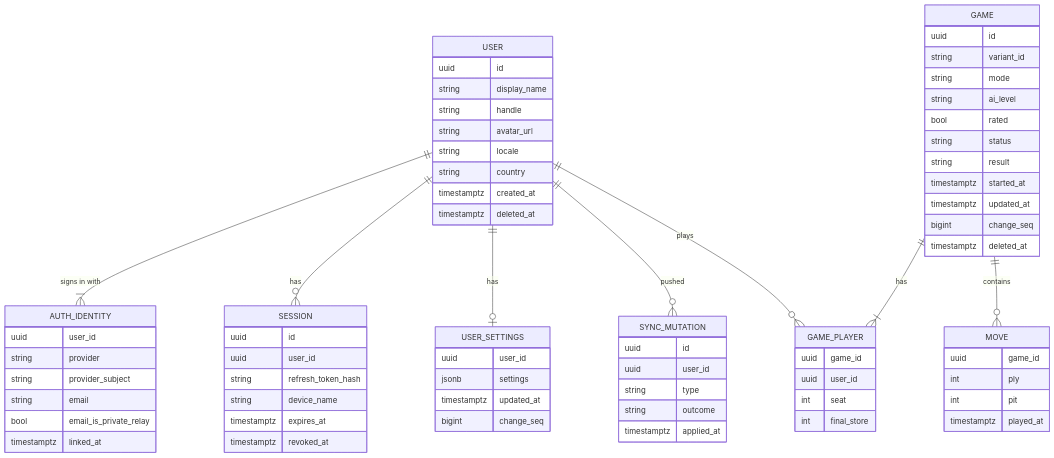
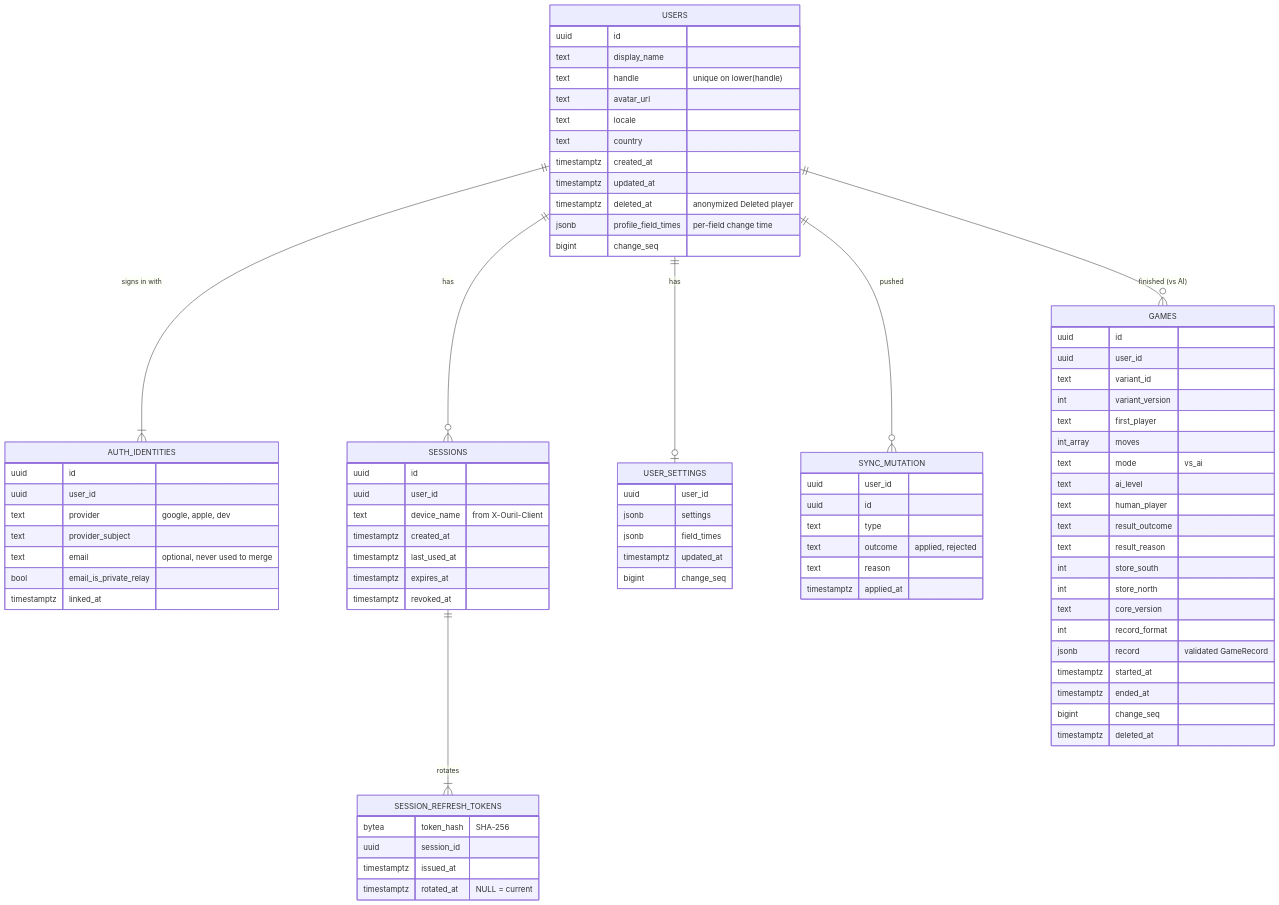
Before and after one commit to Alfredo-Moreira/Ouril: the first of 2 diagrams in docs/architecture/backend.md, drawn with Mermaid. The commit also changed other lines of this file and 266 other files, not shown here.

````diff
--- a/docs/architecture/backend.md
+++ b/docs/architecture/backend.md
@@ -27,75 +30,84 @@
 ```mermaid
 erDiagram
-  USER ||--|{ AUTH_IDENTITY : "signs in with"
-  USER ||--o{ SESSION : has
-  USER ||--o| USER_SETTINGS : has
-  USER ||--o{ SYNC_MUTATION : "pushed"
-  USER ||--o{ GAME_PLAYER : plays
-  GAME ||--|{ GAME_PLAYER : has
-  GAME ||--o{ MOVE : contains
+  USERS ||--|{ AUTH_IDENTITIES : "signs in with"
+  USERS ||--o{ SESSIONS : has
+  SESSIONS ||--|{ SESSION_REFRESH_TOKENS : rotates
+  USERS ||--o| USER_SETTINGS : has
+  USERS ||--o{ SYNC_MUTATION : pushed
+  USERS ||--o{ GAMES : "finished (vs AI)"
 
-  USER {
+  USERS {
     uuid id
-    string display_name
-    string handle
-    string avatar_url
-    string locale
-    string country
+    text display_name
+    text handle "unique on lower(handle)"
+    text avatar_url
+    text locale
+    text country
     timestamptz created_at
-    timestamptz deleted_at
+    timestamptz updated_at
+    timestamptz deleted_at "anonymized Deleted player"
+    jsonb profile_field_times "per-field change time"
+    bigint change_seq
   }
-  AUTH_IDENTITY {
+  AUTH_IDENTITIES {
+    uuid id
     uuid user_id
-    string provider
-    string provider_subject
-    string email
+    text provider "google, apple, dev"
+    text provider_subject
+    text email "optional, never used to merge"
     bool email_is_private_relay
     timestamptz linked_at
   }
-  SESSION {
+  SESSIONS {
     uuid id
     uuid user_id
-    string refresh_token_hash
-    string device_name
+    text device_name "from X-Ouril-Client"
+    timestamptz created_at
+    timestamptz last_used_at
     timestamptz expires_at
     timestamptz revoked_at
+  }
+  SESSION_REFRESH_TOKENS {
+    bytea token_hash "SHA-256"
+    uuid session_id
+    timestamptz issued_at
+    timestamptz rotated_at "NULL = current"
   }
   USER_SETTINGS {
     uuid user_id
     jsonb settings
+    jsonb field_times
     timestamptz updated_at
     bigint change_seq
   }
   SYNC_MUTATION {
+    uuid user_id
+    uuid id
+    text type
+    text outcome "applied, rejected"
+    text reason
+    timestamptz applied_at
+  }
+  GAMES {
     uuid id
     uuid user_id
-    string type
-    string outcome
-    timestamptz applied_at
-  }
-  GAME {
-    uuid id
-    string variant_id
-    string mode
-    string ai_level
-    bool rated
-    string status
-    string result
+    text variant_id
+    int variant_version
+    text first_player
+    int_array moves
+    text mode "vs_ai"
+    text ai_level
+    text human_player
+    text result_outcome
+    text result_reason
+    int store_south
+    int store_north
+    text core_version
+    int record_format
+    jsonb record "validated GameRecord"
     timestamptz started_at
-    timestamptz updated_at
+    timestamptz ended_at
     bigint change_seq
     timestamptz deleted_at
   }
-  GAME_PLAYER {
-    uuid game_id
-    uuid user_id
-    int seat
-    int final_store
-  }
-  MOVE {
-    uuid game_id
-    int ply
-    int pit
-    timestamptz played_at
-  }
 ```
````
